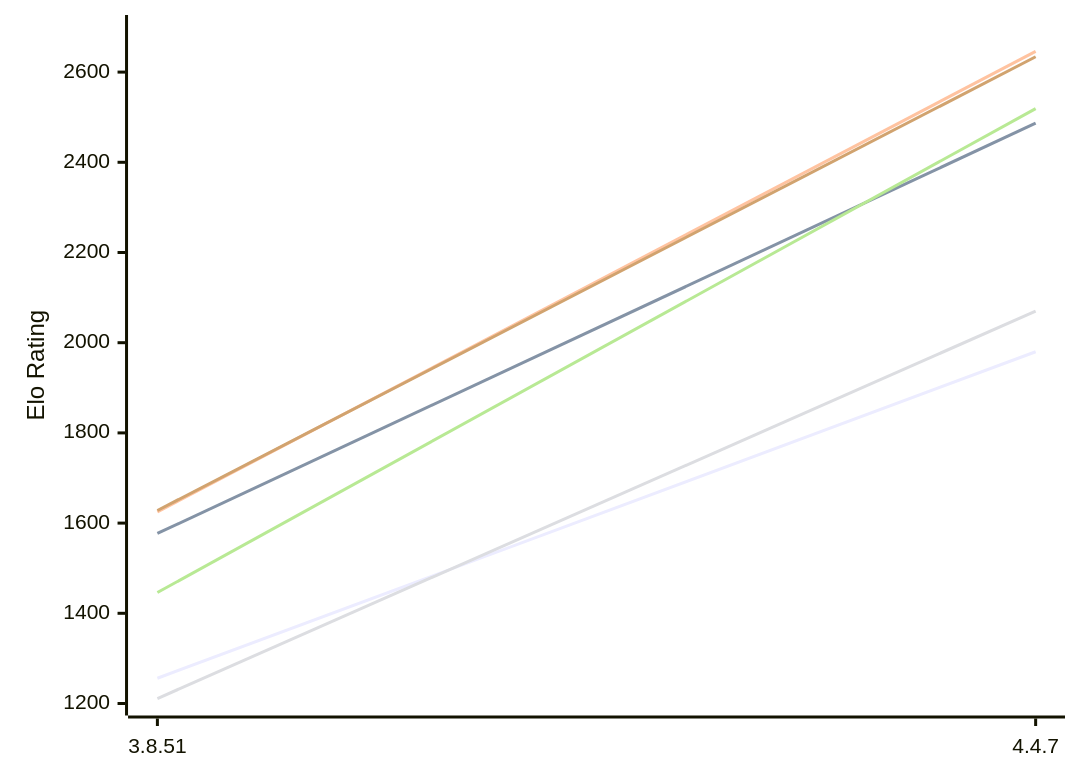
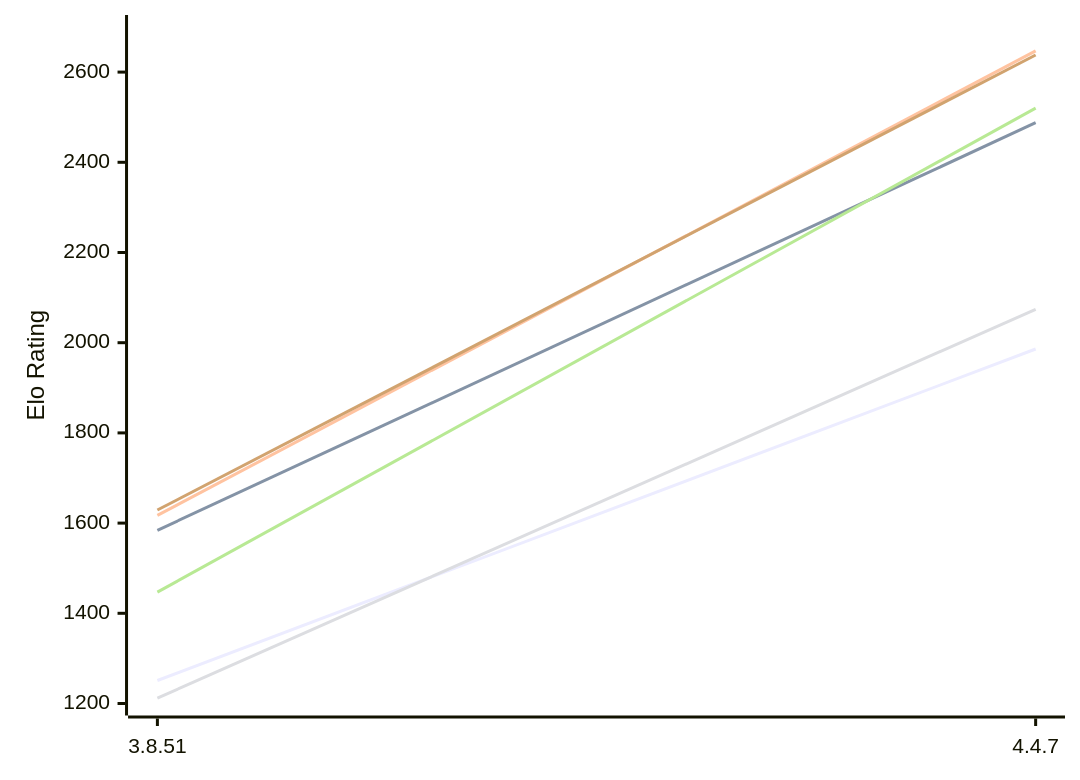
The first of 2 diagrams in engines/Scoria.md (computer-chess-index/cci), drawn with Mermaid before and after one commit. The commit also changed other lines of this file, not shown here.

Commit message:
Update CCI Ratings (ELO VLTC) - 2026-11-24

````diff
--- a/engines/Scoria.md
+++ b/engines/Scoria.md
@@ -50,12 +50,12 @@
 ```mermaid
 %%{init: {"theme":"base","themeVariables":{"seriesColors:['#a3a3a3','#222221','#faa371']}}}%%
 xychart-beta
   x-axis ["3.8.51", "4.4.7"]
   y-axis "Elo Rating" 1200 --> 2700
-  line "E1: STC (8.0+0.08s)" [1256, 1980]
-  line "E1: LTC (60.0+0.60s)" [1577, 2487]
-  line "E1: VLTC (2m24s+1.12s)" [1625, 2646]
-  line "P1: STC (8.0+0.08s)" [1211, 2070]
-  line "P1: LTC (60.0+0.60s)" [1446, 2519]
-  line "P1: VLTC (2m24s+1.12s)" [1628, 2634]
+  line "E1: STC (8.0+0.08s)" [1251, 1986]
+  line "E1: LTC (60.0+0.60s)" [1584, 2488]
+  line "E1: VLTC (2m24s+1.12s)" [1617, 2647]
+  line "P1: STC (8.0+0.08s)" [1212, 2074]
+  line "P1: LTC (60.0+0.60s)" [1447, 2520]
+  line "P1: VLTC (2m24s+1.12s)" [1629, 2638]
 ```
````
